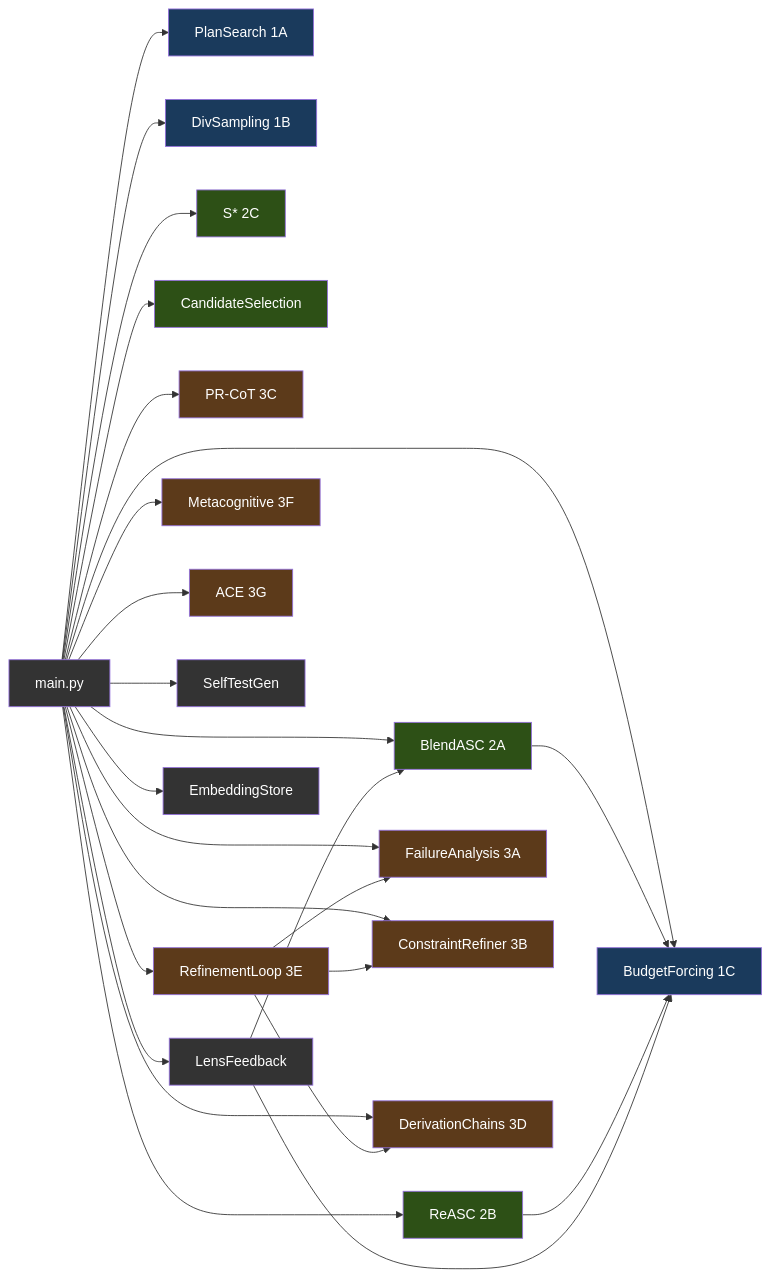
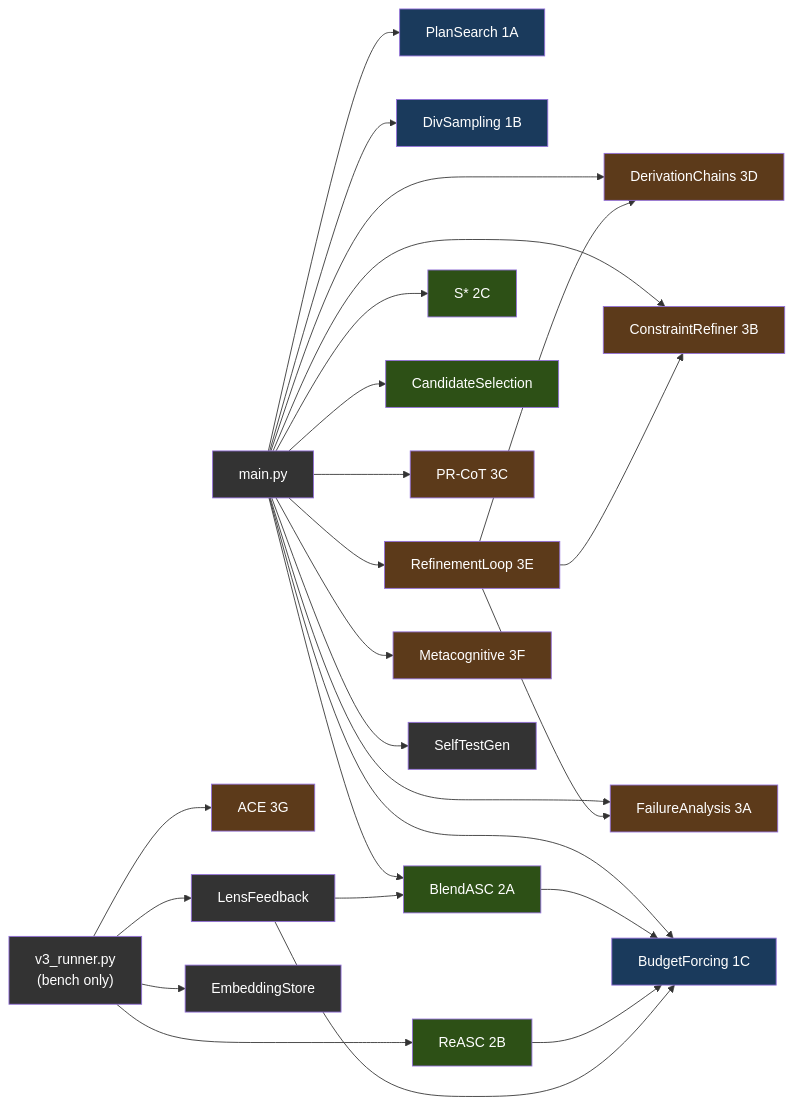
One commit to itigges22/ATLAS changed the fifth of 13 diagrams in docs/ARCHITECTURE.md. Above: the diagram before and after it, drawn with Mermaid. The commit also changed other lines of this file and 21 other files, not shown here.

````diff
--- a/docs/ARCHITECTURE.md
+++ b/docs/ARCHITECTURE.md
@@ -347,47 +349,48 @@
 ```mermaid
 graph LR
     Main["main.py"] --> PS["PlanSearch 1A"]
     Main --> DS["DivSampling 1B"]
     Main --> BF["BudgetForcing 1C"]
     Main --> BASC["BlendASC 2A"]
-    Main --> REASC["ReASC 2B"]
+    Bench["v3_runner.py\n(bench only)"] --> REASC["ReASC 2B"]
     Main --> SSTAR["S* 2C"]
     Main --> CS["CandidateSelection"]
     Main --> FA["FailureAnalysis 3A"]
     Main --> CR["ConstraintRefiner 3B"]
     Main --> PRCOT["PR-CoT 3C"]
     Main --> DC["DerivationChains 3D"]
     Main --> RL["RefinementLoop 3E"]
     Main --> MC["Metacognitive 3F"]
-    Main --> ACE["ACE 3G"]
+    Bench --> ACE["ACE 3G"]
     Main --> STG["SelfTestGen"]
-    Main --> LF["LensFeedback"]
-    Main --> ES["EmbeddingStore"]
+    Bench --> LF["LensFeedback"]
+    Bench --> ES["EmbeddingStore"]
 
     RL --> FA
     RL --> CR
     RL --> DC
     BASC --> BF
     REASC --> BF
     LF --> BASC
     LF --> BF
 
     style Main fill:#333,color:#fff
+    style Bench fill:#333,color:#fff
     style PS fill:#1a3a5c,color:#fff
     style DS fill:#1a3a5c,color:#fff
     style BF fill:#1a3a5c,color:#fff
     style BASC fill:#2d5016,color:#fff
     style REASC fill:#2d5016,color:#fff
     style SSTAR fill:#2d5016,color:#fff
     style CS fill:#2d5016,color:#fff
     style FA fill:#5c3a1a,color:#fff
     style CR fill:#5c3a1a,color:#fff
     style PRCOT fill:#5c3a1a,color:#fff
     style DC fill:#5c3a1a,color:#fff
     style RL fill:#5c3a1a,color:#fff
     style MC fill:#5c3a1a,color:#fff
     style ACE fill:#5c3a1a,color:#fff
     style STG fill:#333,color:#fff
     style LF fill:#333,color:#fff
     style ES fill:#333,color:#fff
 ```
````
